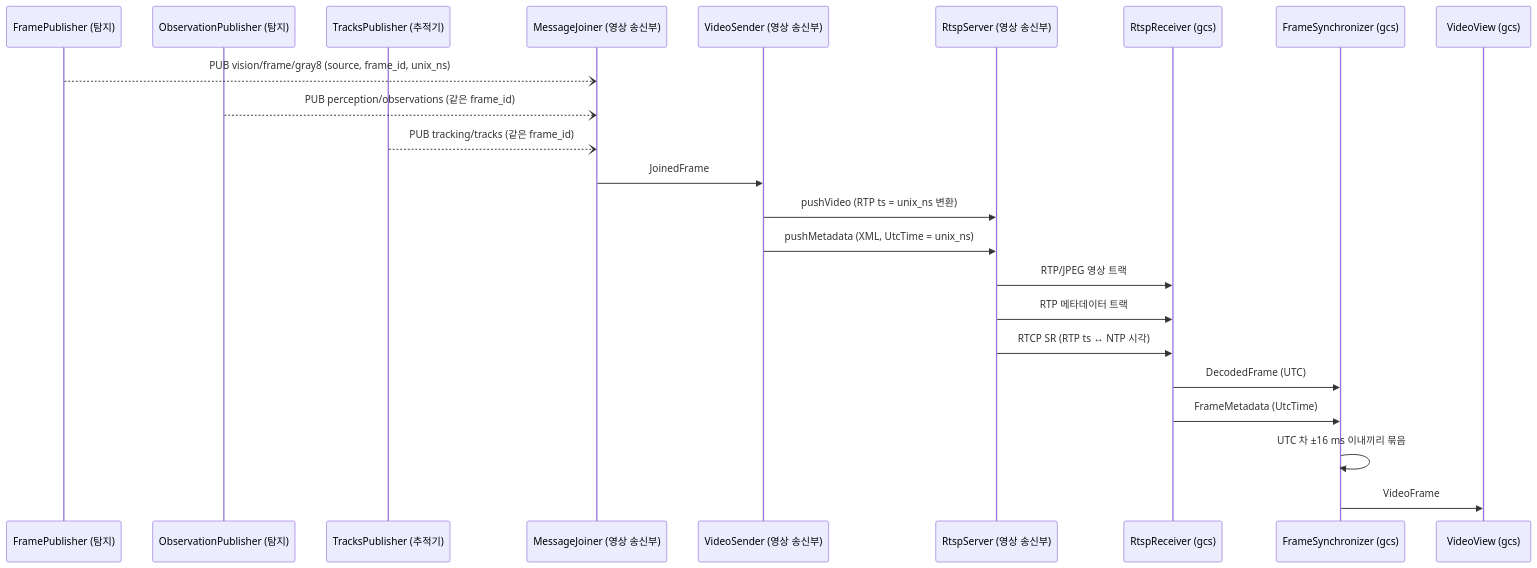
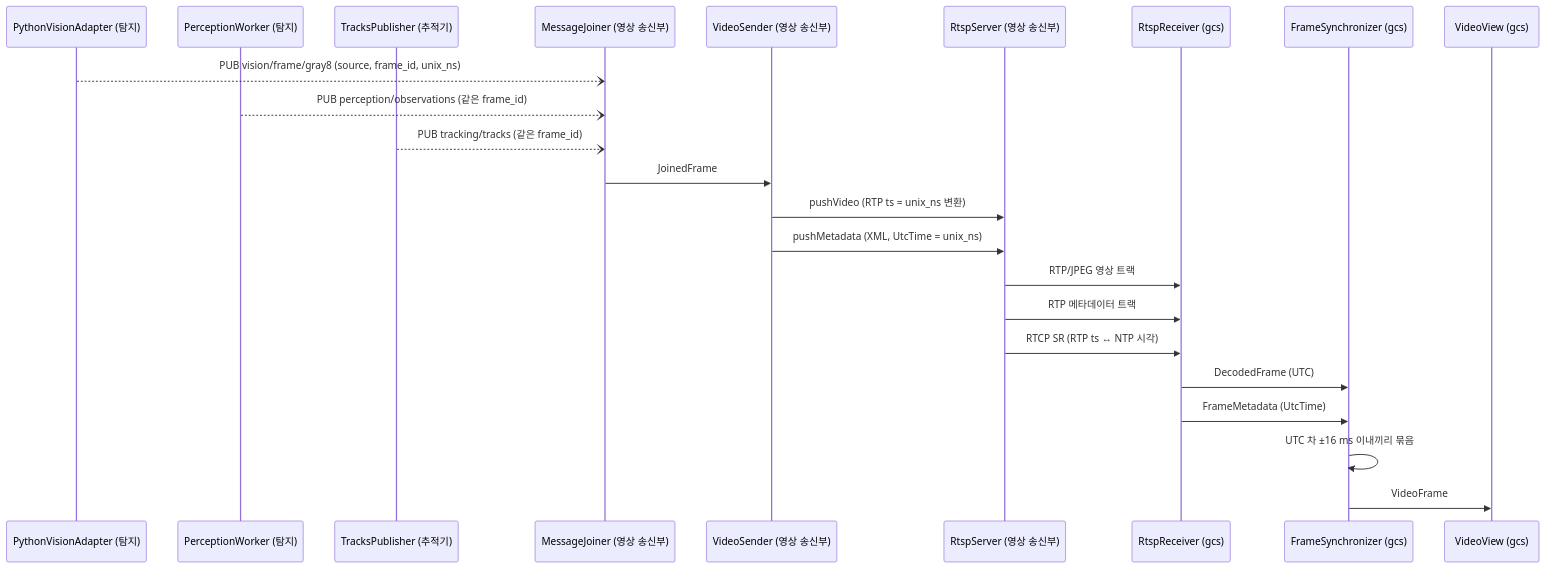
Before and after one commit to lig-argus/argus-edge-vision: the third of 4 diagrams in docs/design/uml/sequence.md, drawn with Mermaid. The commit also changed other lines of this file and 7 other files, not shown here.

First line of the commit message:
docs: UML 에 탐지 담당 리뷰와 vehicle_api 타깃 분리 반영

````diff
--- a/docs/design/uml/sequence.md
+++ b/docs/design/uml/sequence.md
@@ -86,26 +86,26 @@
 ```mermaid
 sequenceDiagram
-    participant fp as FramePublisher (탐지)
-    participant op as ObservationPublisher (탐지)
+    participant fp as PythonVisionAdapter (탐지)
+    participant op as PerceptionWorker (탐지)
     participant tp as TracksPublisher (추적기)
     participant mj as MessageJoiner (영상 송신부)
     participant vs as VideoSender (영상 송신부)
     participant rs as RtspServer (영상 송신부)
     participant rr as RtspReceiver (gcs)
     participant fs as FrameSynchronizer (gcs)
     participant view as VideoView (gcs)
 
     fp--)mj: PUB vision/frame/gray8 (source, frame_id, unix_ns)
     op--)mj: PUB perception/observations (같은 frame_id)
     tp--)mj: PUB tracking/tracks (같은 frame_id)
     mj->>vs: JoinedFrame
     vs->>rs: pushVideo (RTP ts = unix_ns 변환)
     vs->>rs: pushMetadata (XML, UtcTime = unix_ns)
     rs->>rr: RTP/JPEG 영상 트랙
     rs->>rr: RTP 메타데이터 트랙
     rs->>rr: RTCP SR (RTP ts ↔ NTP 시각)
     rr->>fs: DecodedFrame (UTC)
     rr->>fs: FrameMetadata (UtcTime)
     fs->>fs: UTC 차 ±16 ms 이내끼리 묶음
     fs->>view: VideoFrame
 ```
````
